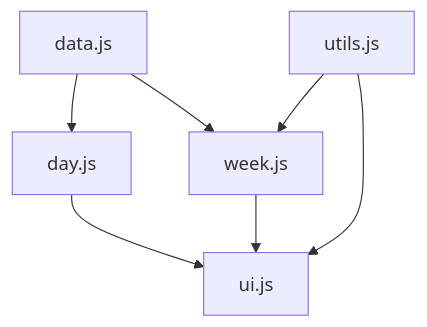
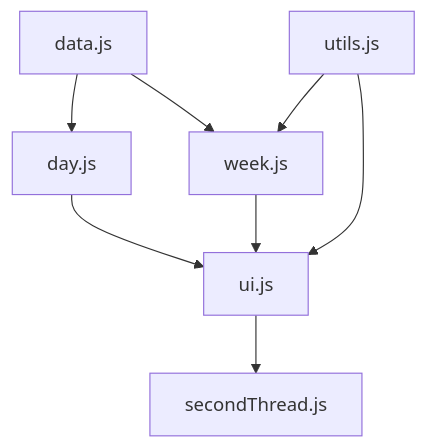
One commit to ghrlcu06e20l500g/itis_raining changed the diagram in Structure.md. Above: the diagram before and after it, drawn with Mermaid.

Commit message:
included secondThread.js

````diff
--- a/Structure.md
+++ b/Structure.md
@@ -3,9 +3,10 @@
 ``` mermaid
 flowchart TD
     data.js --> week.js
     data.js --> day.js
     day.js --> ui.js
     week.js --> ui.js
     utils.js --> ui.js
     utils.js --> week.js
+    ui.js --> secondThread.js
 ```
````
